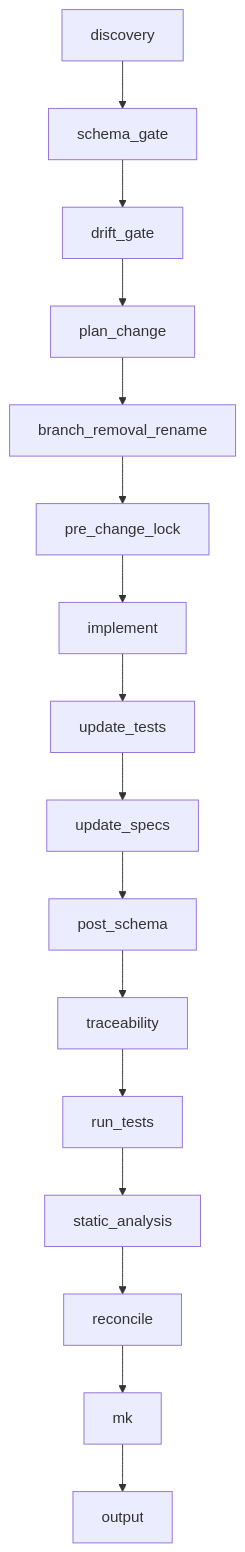
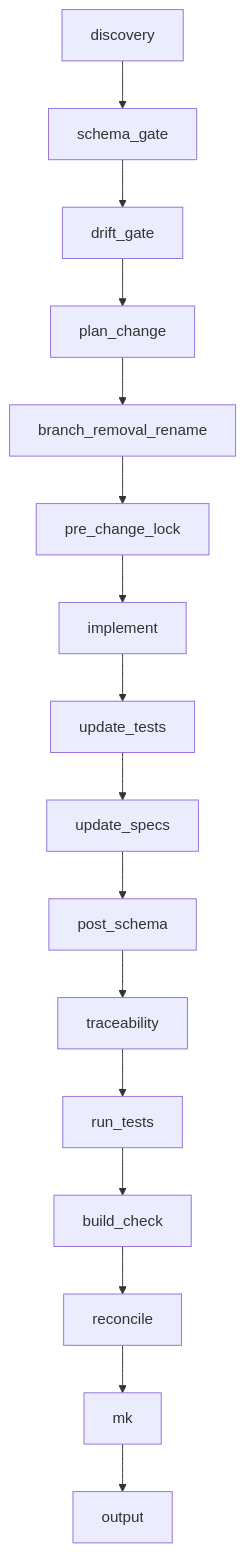
The diagram in mkdoc/cursor/skills/nova-code.md (perfectedge13/Vinekeepers), drawn with Mermaid before and after one commit. The commit also changed other lines of this file and 677 other files, not shown here.

First line of the commit message:
Align specs and docs to build_check and active status; domain doc paths

````diff
--- a/mkdoc/cursor/skills/nova-code.md
+++ b/mkdoc/cursor/skills/nova-code.md
@@ -16,18 +16,18 @@
 ```mermaid
 flowchart TB
   A[discovery] --> C[schema_gate]
   C --> D[drift_gate]
   D --> E[plan_change]
   E --> F[branch_removal_rename]
   F --> G[pre_change_lock]
   G --> H[implement]
   H --> I[update_tests]
   I --> J[update_specs]
   J --> K[post_schema]
   K --> L[traceability]
   L --> M[run_tests]
-  M --> N[static_analysis]
+  M --> N[build_check]
   N --> O[reconcile]
   O --> P[mk]
   P --> Q[output]
 ```
````
